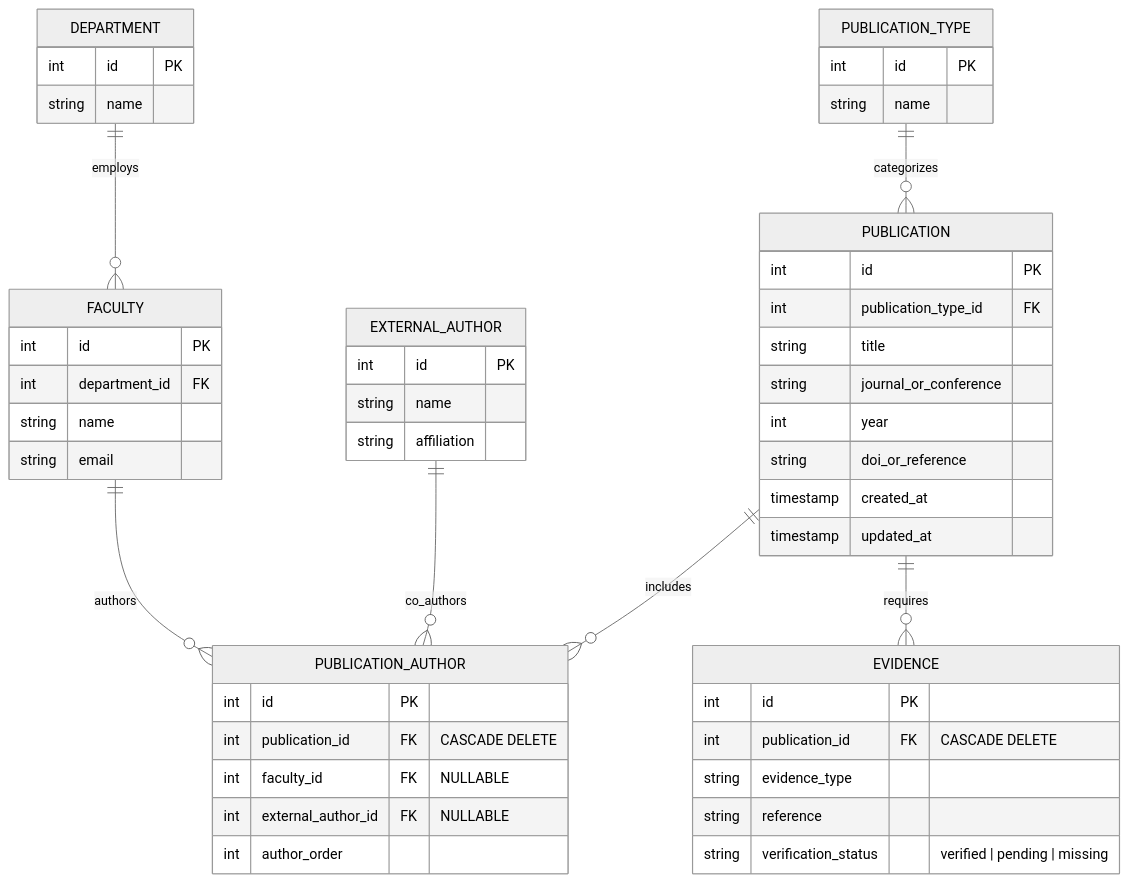
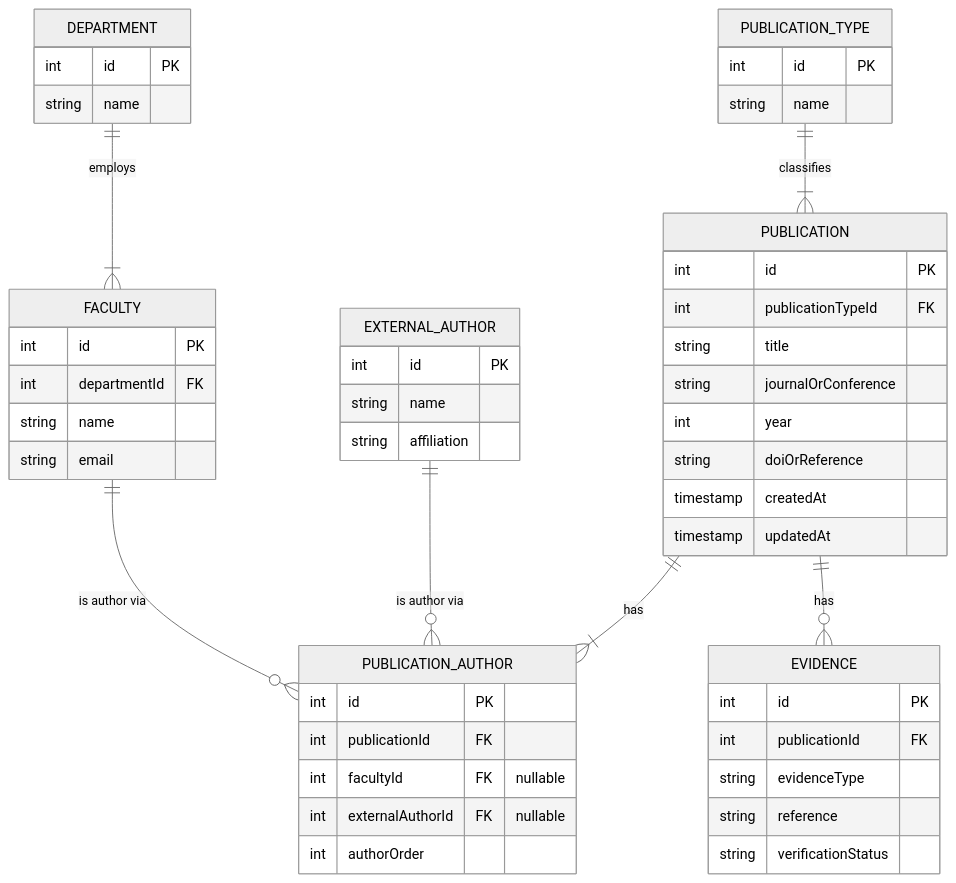
Before and after one commit to robocoprobo7786-lang/Nexum: the second of 5 diagrams in docs/README.md, drawn with Mermaid (neutral theme). The commit also changed 3 other files, not shown here.

````diff
--- a/docs/README.md
+++ b/docs/README.md
@@ -91,59 +91,59 @@
 ```mermaid
 erDiagram
-    DEPARTMENT ||--o{ FACULTY : employs
-    FACULTY ||--o{ PUBLICATION_AUTHOR : authors
-    EXTERNAL_AUTHOR ||--o{ PUBLICATION_AUTHOR : co_authors
-    PUBLICATION ||--o{ PUBLICATION_AUTHOR : includes
-    PUBLICATION ||--o{ EVIDENCE : requires
-    PUBLICATION_TYPE ||--o{ PUBLICATION : categorizes
+    DEPARTMENT ||--|{ FACULTY : employs
+    PUBLICATION_TYPE ||--|{ PUBLICATION : classifies
+    FACULTY ||--o{ PUBLICATION_AUTHOR : "is author via"
+    EXTERNAL_AUTHOR ||--o{ PUBLICATION_AUTHOR : "is author via"
+    PUBLICATION ||--|{ PUBLICATION_AUTHOR : has
+    PUBLICATION ||--o{ EVIDENCE : has
 
     DEPARTMENT {
         int id PK
         string name
     }
 
     FACULTY {
         int id PK
-        int department_id FK
+        int departmentId FK
         string name
         string email
     }
 
     PUBLICATION_TYPE {
         int id PK
         string name
     }
 
     EXTERNAL_AUTHOR {
         int id PK
         string name
         string affiliation
     }
 
     PUBLICATION {
         int id PK
-        int publication_type_id FK
+        int publicationTypeId FK
         string title
-        string journal_or_conference
+        string journalOrConference
         int year
-        string doi_or_reference
-        timestamp created_at
-        timestamp updated_at
+        string doiOrReference
+        timestamp createdAt
+        timestamp updatedAt
     }
 
     PUBLICATION_AUTHOR {
         int id PK
-        int publication_id FK "CASCADE DELETE"
-        int faculty_id FK "NULLABLE"
-        int external_author_id FK "NULLABLE"
-        int author_order
+        int publicationId FK
+        int facultyId FK "nullable"
+        int externalAuthorId FK "nullable"
+        int authorOrder
     }
 
     EVIDENCE {
         int id PK
-        int publication_id FK "CASCADE DELETE"
-        string evidence_type
+        int publicationId FK
+        string evidenceType
         string reference
-        string verification_status "verified | pending | missing"
+        string verificationStatus
     }
 ```
````
